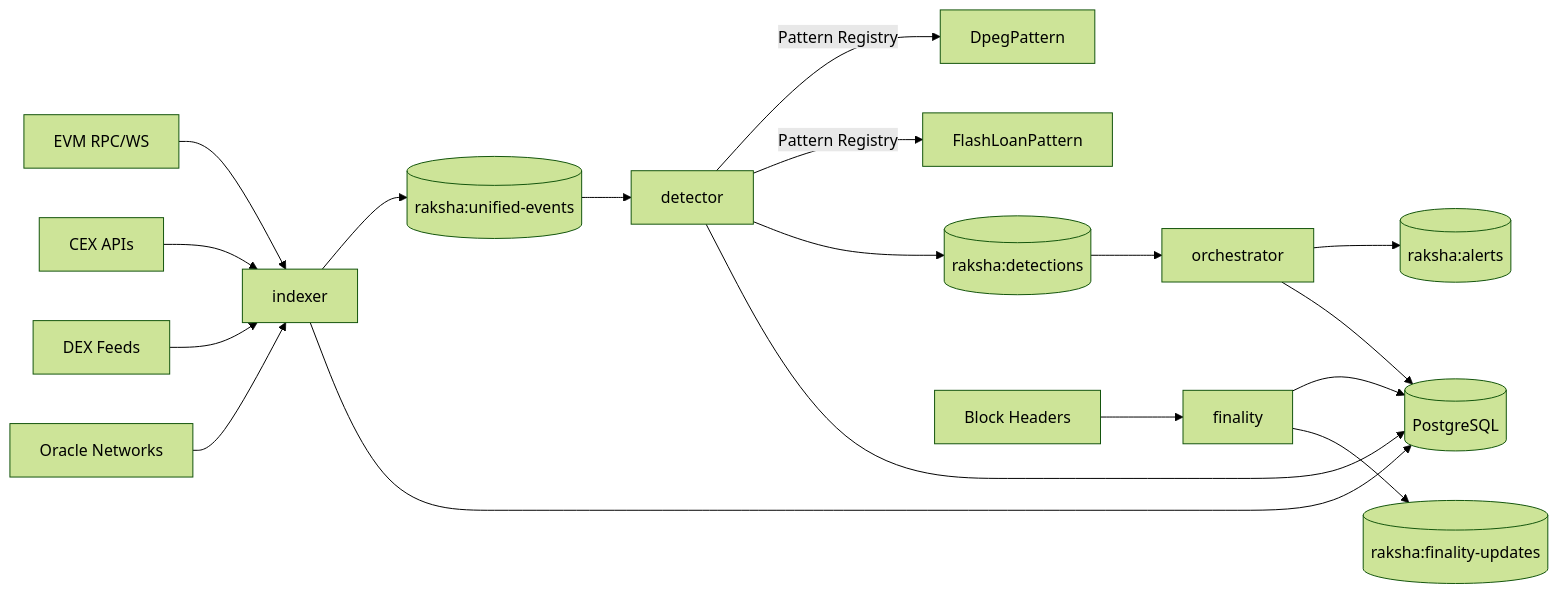
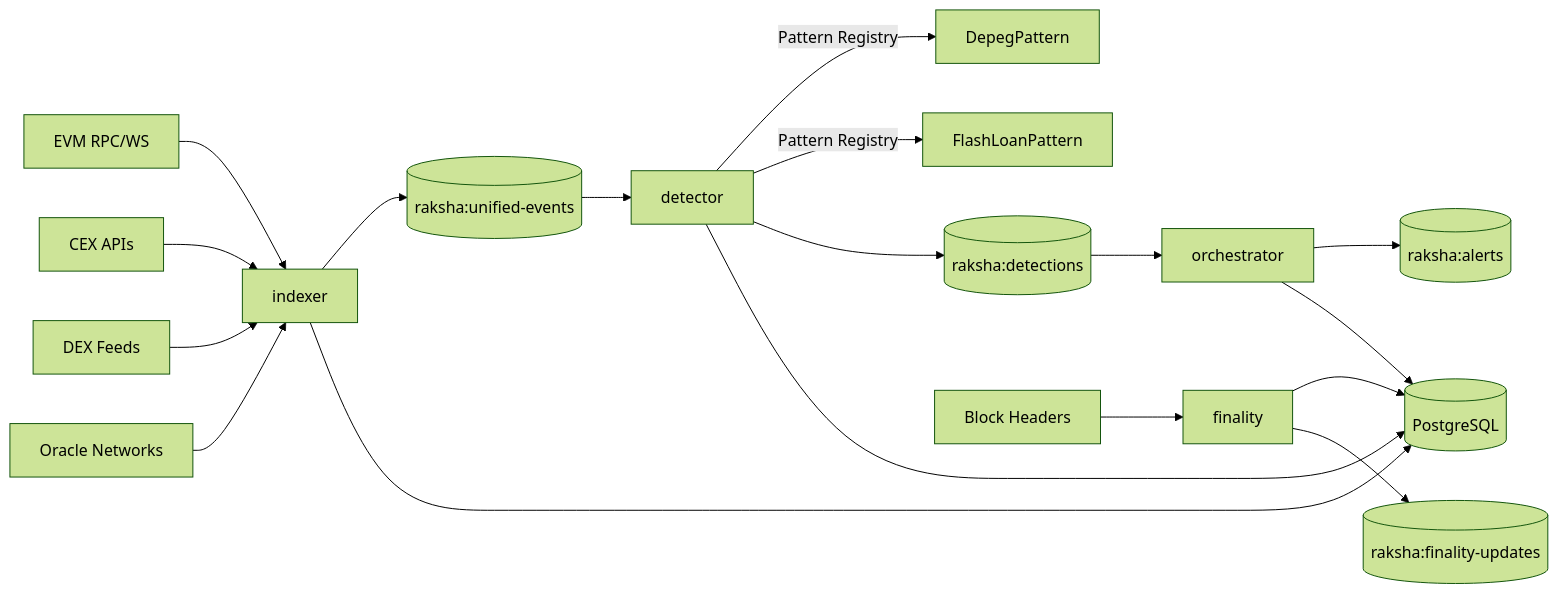
The diagram in docs/ARCHITECTURE.md (raksha-labs/raksha-core), drawn with Mermaid (forest theme) before and after one commit. The commit also changed other lines of this file and 16 other files, not shown here.

````diff
--- a/docs/ARCHITECTURE.md
+++ b/docs/ARCHITECTURE.md
@@ -42,26 +42,26 @@
 ```mermaid
 flowchart LR
   EVM[EVM RPC/WS] --> IDX[indexer]
   CEX[CEX APIs] --> IDX
   DEX[DEX Feeds] --> IDX
   ORACLE[Oracle Networks] --> IDX
   
   IDX --> UNIFIED[(raksha:unified-events)]
   
   UNIFIED --> DET[detector]
-  DET --> |Pattern Registry| DPEG[DpegPattern]
+  DET --> |Pattern Registry| DEPEG[DepegPattern]
   DET --> |Pattern Registry| FL[FlashLoanPattern]
   
   DET --> DETS[(raksha:detections)]
   
   DETS --> ORCH[orchestrator]
   ORCH --> ALERTS[(raksha:alerts)]
   
   IDX --> PG[(PostgreSQL)]
   DET --> PG
   ORCH --> PG
   FIN --> PG
   
   HEADERS[Block Headers] --> FIN[finality]
   FIN --> FUPDATES[(raksha:finality-updates)]
 ```
````
